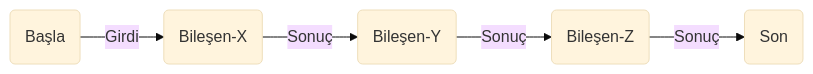
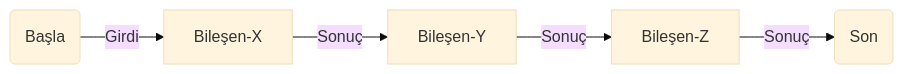
One commit to uruz-utku-un/uruz-analysis-articles changed the second of 3 diagrams in docs/tr/Foundations-of-Uruz-Tree-of-Life-TR.md. Above: the diagram before and after it, drawn with Mermaid (base theme). The commit also changed other lines of this file, not shown here.

Commit message:
Fix formatting of mermaid diagrams in documentation

````diff
--- a/docs/tr/Foundations-of-Uruz-Tree-of-Life-TR.md
+++ b/docs/tr/Foundations-of-Uruz-Tree-of-Life-TR.md
@@ -121,13 +121,13 @@
 ```mermaid
 flowchart LR
 START(Başla)
 END(Son)
-COMPONENT_X(Bileşen-X)
-COMPONENT_Y(Bileşen-Y)
-COMPONENT_Z(Bileşen-Z)
+COMPONENT_X[Bileşen-X]
+COMPONENT_Y[Bileşen-Y]
+COMPONENT_Z[Bileşen-Z]
 
 START -->|Girdi| COMPONENT_X
 COMPONENT_X -->|Sonuç| COMPONENT_Y
 COMPONENT_Y -->|Sonuç| COMPONENT_Z
 COMPONENT_Z -->|Sonuç| END
 ```
````
